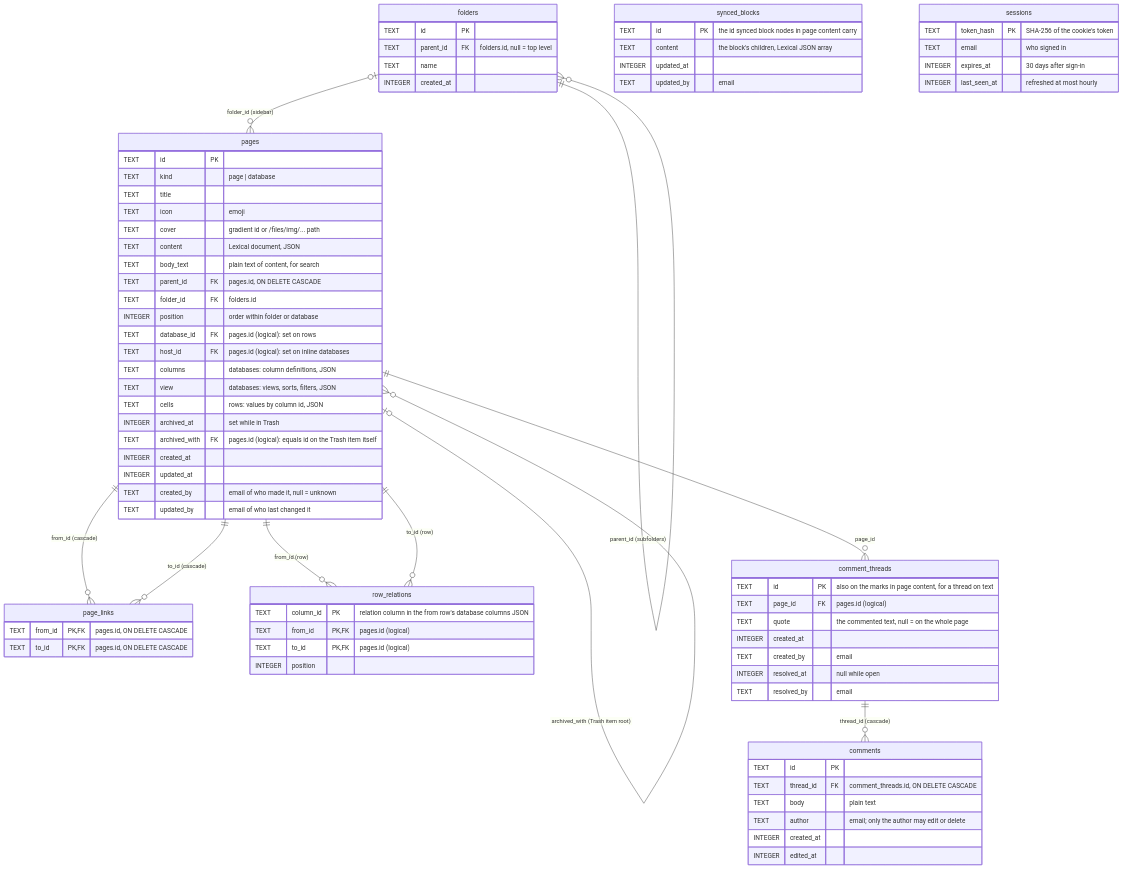
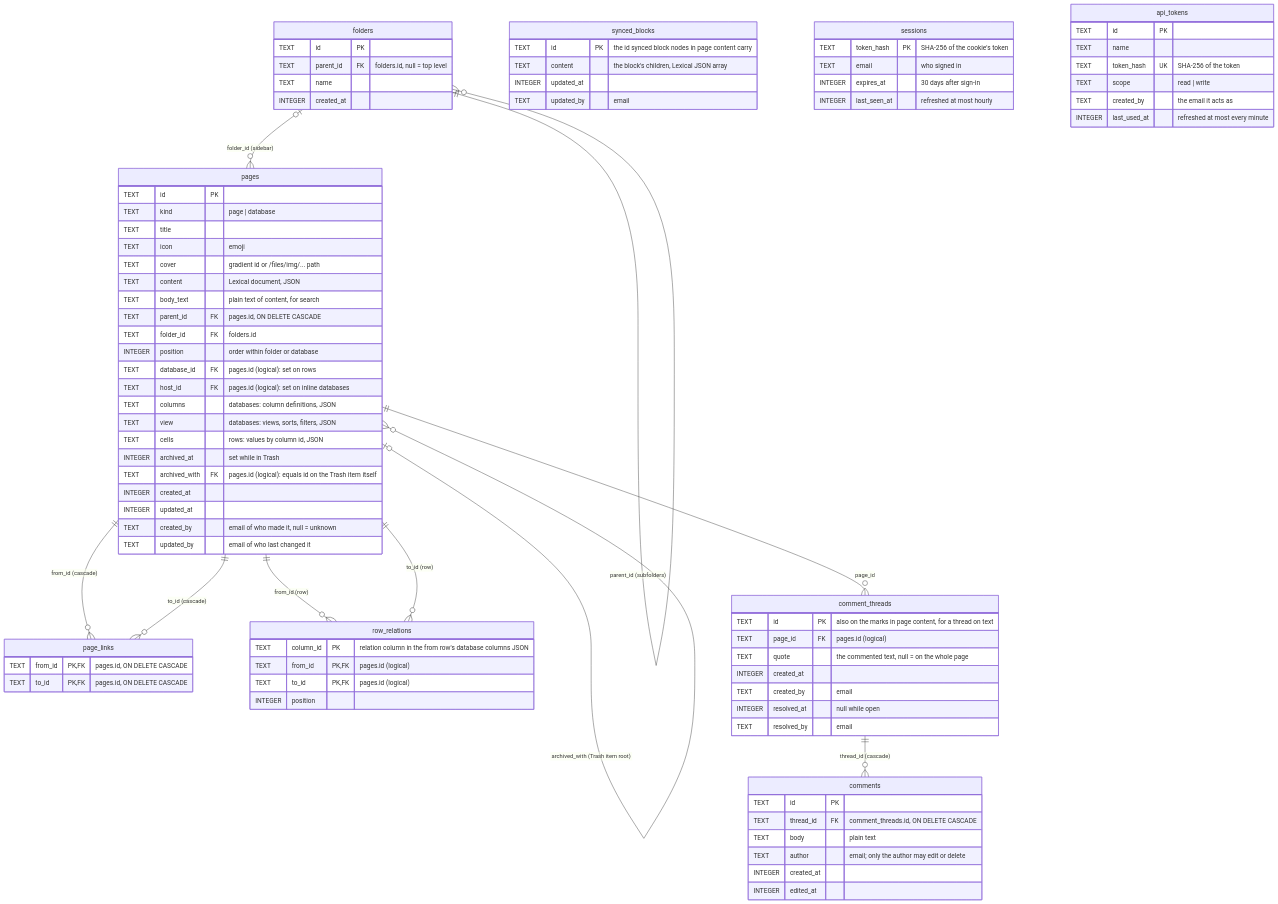
The diagram in docs/database.md (wai-lin/cfnotes), drawn with Mermaid before and after one commit. The commit also changed other lines of this file and 16 other files, not shown here.

Commit message:
feat(auth): make and revoke API tokens that act as their maker on /api

```diff
--- a/docs/database.md
+++ b/docs/database.md
@@ -86,6 +86,15 @@
 		INTEGER last_seen_at "refreshed at most hourly"
 	}
 
+	api_tokens {
+		TEXT id PK
+		TEXT name
+		TEXT token_hash UK "SHA-256 of the token"
+		TEXT scope "read | write"
+		TEXT created_by "the email it acts as"
+		INTEGER last_used_at "refreshed at most every minute"
+	}
+
 	row_relations {
 		TEXT column_id PK "relation column in the from row's database columns JSON"
 		TEXT from_id PK,FK "pages.id (logical)"
```
